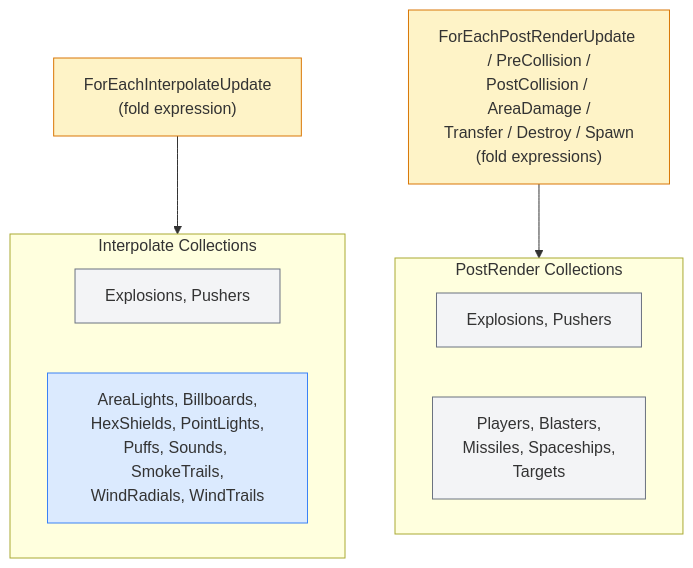
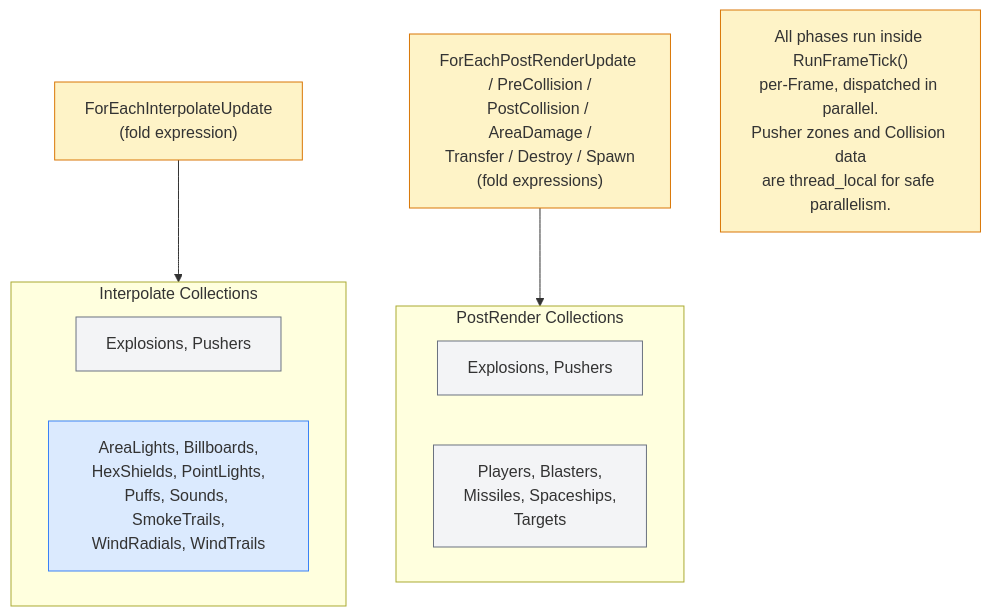
Before and after one commit to DougTanner/BrokenEnginePublic: the fifth of 5 diagrams in Documents/Architecture/FrameUpdatePipeline.md, drawn with Mermaid. The commit also changed other lines of this file and 37 other files, not shown here.

````diff
--- a/Documents/Architecture/FrameUpdatePipeline.md
+++ b/Documents/Architecture/FrameUpdatePipeline.md
@@ -155,25 +166,27 @@
 ```mermaid
 %%{init: {'theme': 'default'}}%%
 graph TD
     classDef clientOnly fill:#dbeafe,stroke:#3b82f6
     classDef shared fill:#f3f4f6,stroke:#6b7280
     classDef phase fill:#fef3c7,stroke:#d97706
 
     subgraph interpolate_phase ["Interpolate Collections"]
         direction LR
         i_shared["Explosions, Pushers"]:::shared
         i_client["AreaLights, Billboards,<br/>HexShields, PointLights,<br/>Puffs, Sounds, SmokeTrails,<br/>WindRadials, WindTrails"]:::clientOnly
     end
 
     subgraph postrender_phase ["PostRender Collections"]
         direction LR
         pr_engine["Explosions, Pushers"]:::shared
         pr_game["Players, Blasters,<br/>Missiles, Spaceships,<br/>Targets"]:::shared
     end
 
     fold_i["ForEachInterpolateUpdate<br/>(fold expression)"]:::phase
     fold_pr["ForEachPostRenderUpdate / PreCollision /<br/>PostCollision / AreaDamage /<br/>Transfer / Destroy / Spawn<br/>(fold expressions)"]:::phase
 
+    note_threading["All phases run inside RunFrameTick()<br/>per-Frame, dispatched in parallel.<br/>Pusher zones and Collision data<br/>are thread_local for safe parallelism."]:::phase
+
     fold_i --> interpolate_phase
     fold_pr --> postrender_phase
 ```
````
